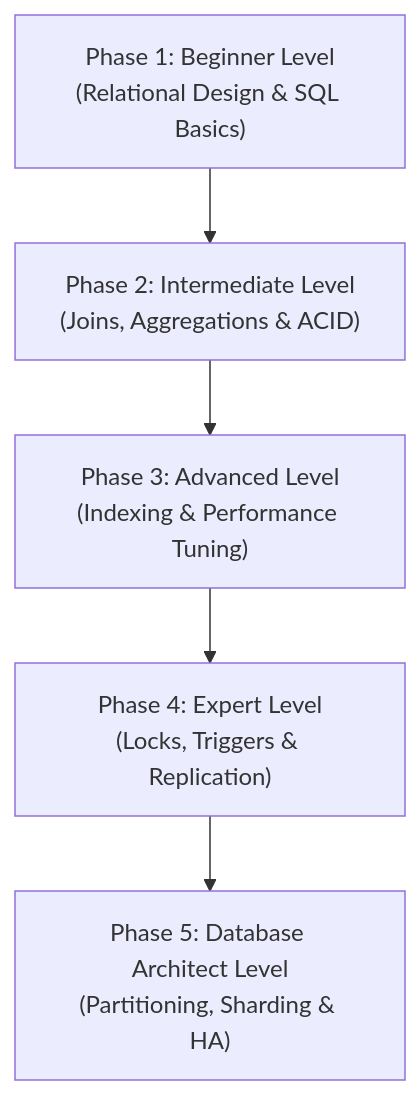
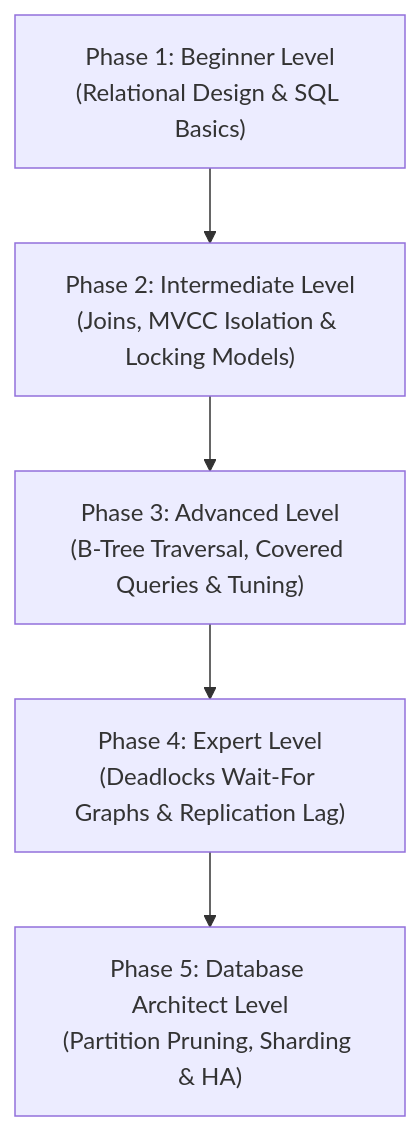
The diagram in Learn/MySQL.md (nikrunic/Interview-Questions), drawn with Mermaid before and after one commit. The commit also changed other lines of this file and 4 other files, not shown here.

````diff
--- a/Learn/MySQL.md
+++ b/Learn/MySQL.md
@@ -11,13 +11,13 @@
 ```mermaid
 graph TD
     A["Phase 1: Beginner Level<br/>(Relational Design & SQL Basics)"]
-    B["Phase 2: Intermediate Level<br/>(Joins, Aggregations & ACID)"]
-    C["Phase 3: Advanced Level<br/>(Indexing & Performance Tuning)"]
-    D["Phase 4: Expert Level<br/>(Locks, Triggers & Replication)"]
-    E["Phase 5: Database Architect Level<br/>(Partitioning, Sharding & HA)"]
+    B["Phase 2: Intermediate Level<br/>(Joins, MVCC Isolation & Locking Models)"]
+    C["Phase 3: Advanced Level<br/>(B-Tree Traversal, Covered Queries & Tuning)"]
+    D["Phase 4: Expert Level<br/>(Deadlocks Wait-For Graphs & Replication Lag)"]
+    E["Phase 5: Database Architect Level<br/>(Partition Pruning, Sharding & HA)"]
     
     A --> B
     B --> C
     C --> D
     D --> E
 ```
````
